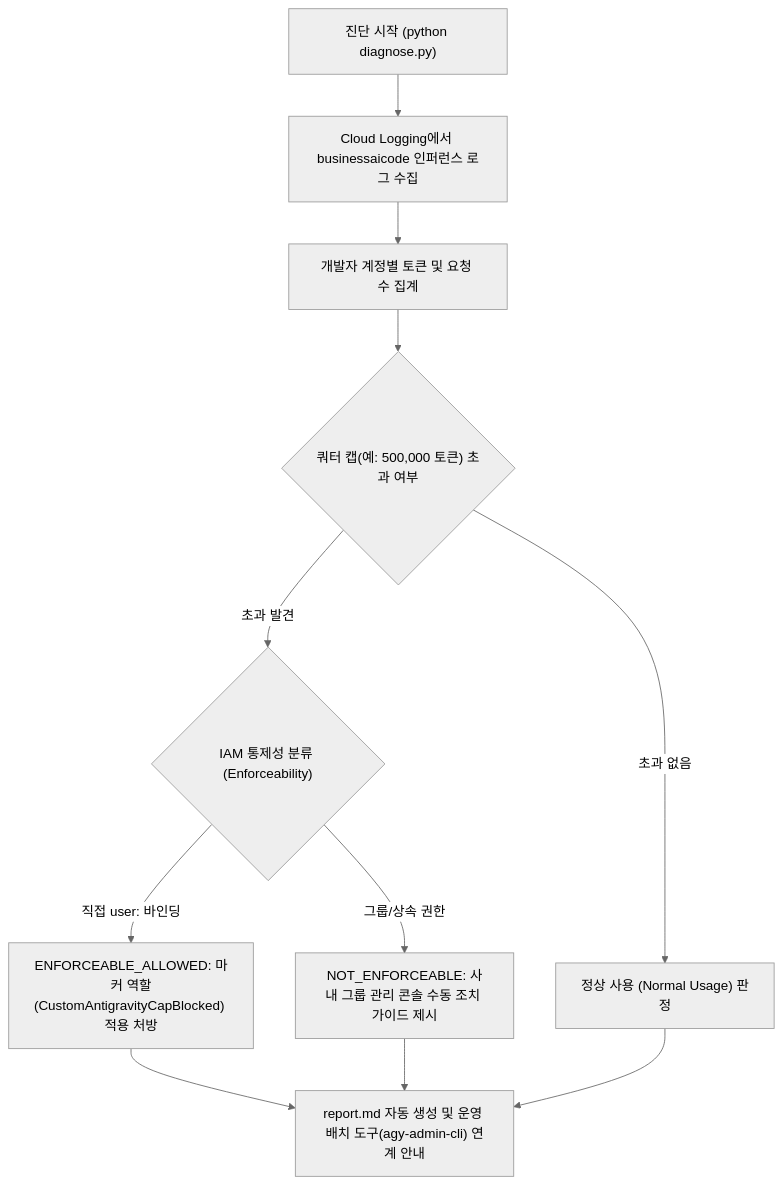
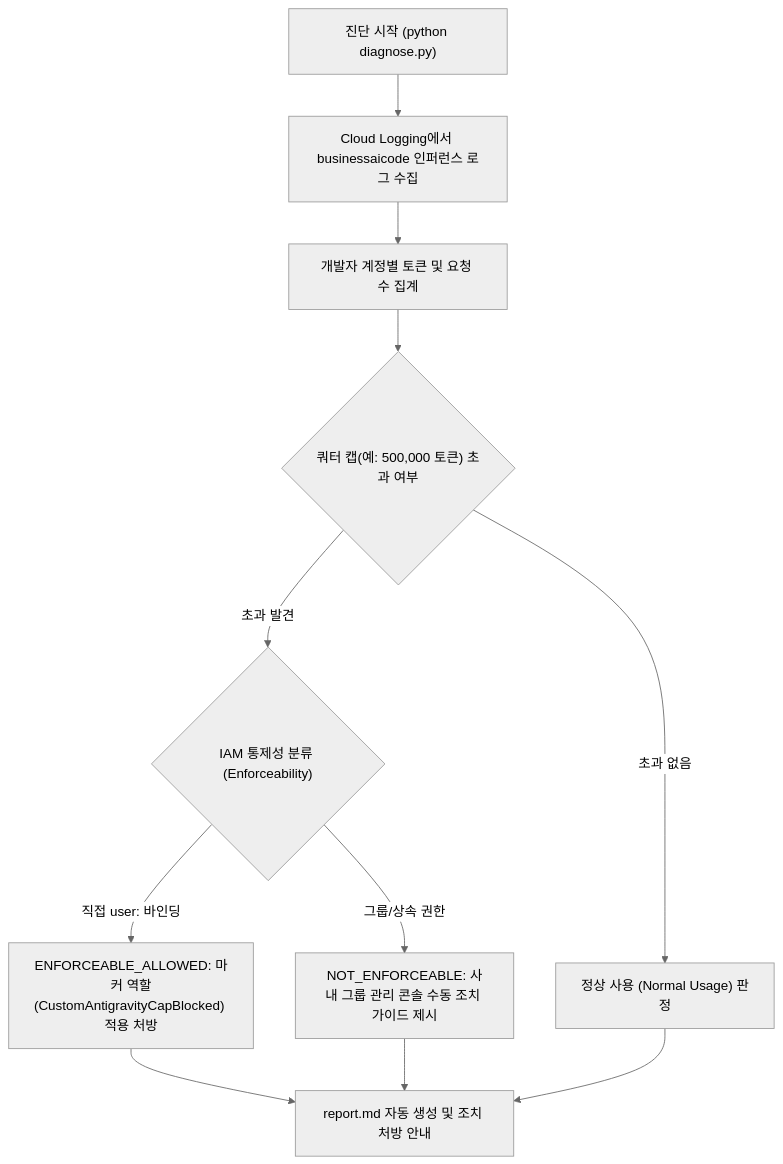
Before and after one commit to jiangjun-forge/google-cloud-0-to-1: the diagram in samples/antigravity-user-quota-cap/README.md, drawn with Mermaid (neutral theme). The commit also changed other lines of this file and 4 other files, not shown here.

````diff
--- a/samples/antigravity-user-quota-cap/README.md
+++ b/samples/antigravity-user-quota-cap/README.md
@@ -33,13 +33,13 @@
 ```mermaid
 flowchart TD
     A["진단 시작 (python diagnose.py)"] --> B["Cloud Logging에서 businessaicode 인퍼런스 로그 수집"]
     B --> C["개발자 계정별 토큰 및 요청 수 집계"]
     C --> D{"쿼터 캡(예: 500,000 토큰) 초과 여부"}
     D -->|초과 없음| E["정상 사용 (Normal Usage) 판정"]
     D -->|초과 발견| F{"IAM 통제성 분류 (Enforceability)"}
     F -->|직접 user: 바인딩| G["ENFORCEABLE_ALLOWED: 마커 역할(CustomAntigravityCapBlocked) 적용 처방"]
     F -->|그룹/상속 권한| H["NOT_ENFORCEABLE: 사내 그룹 관리 콘솔 수동 조치 가이드 제시"]
-    G --> I["report.md 자동 생성 및 운영 배치 도구(agy-admin-cli) 연계 안내"]
+    G --> I["report.md 자동 생성 및 조치 처방 안내"]
     H --> I
     E --> I
 ```
````
